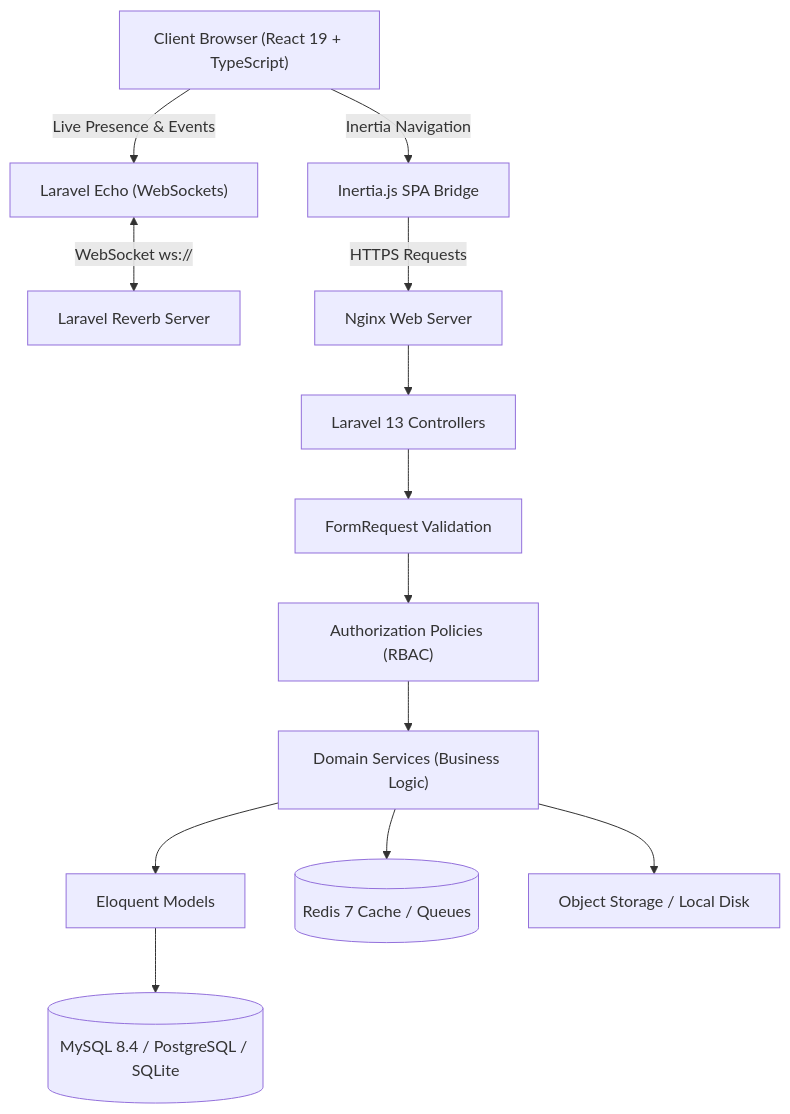
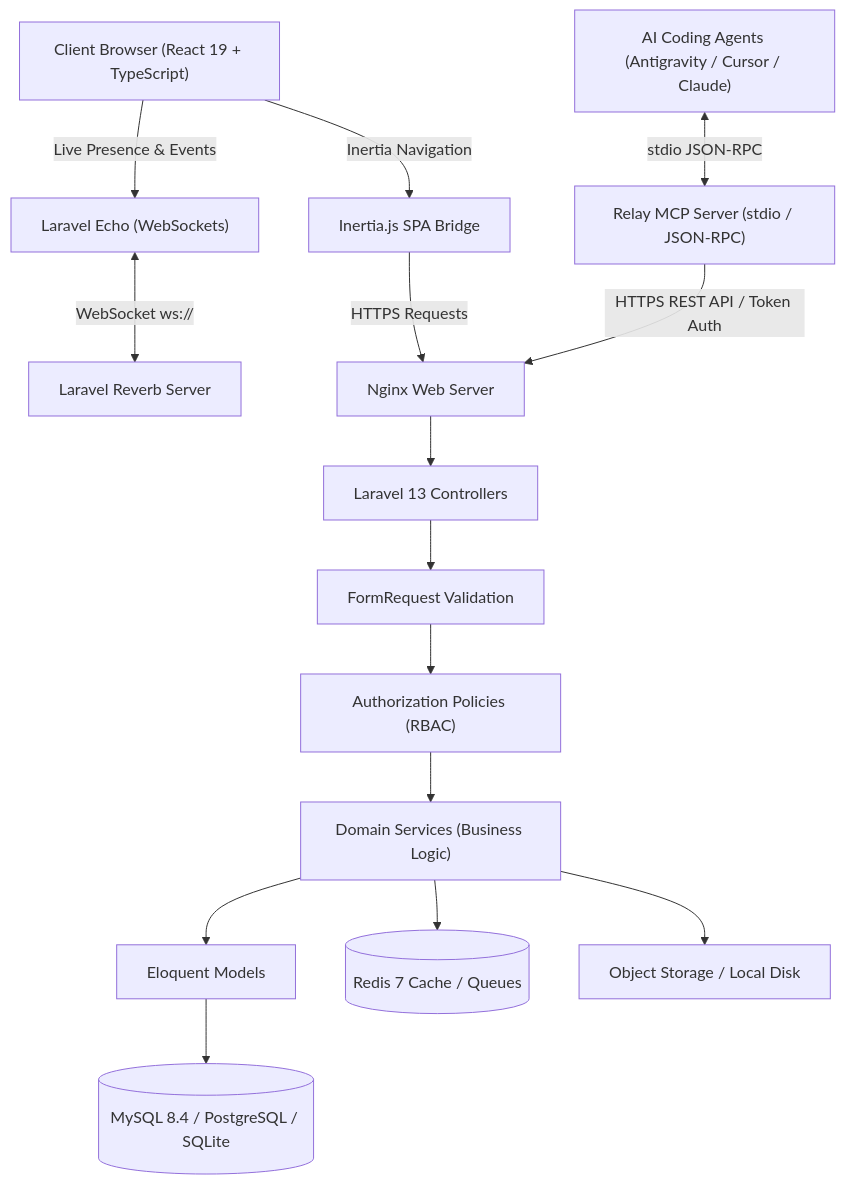
The diagram in README.md (Kingof3O/relay), drawn with Mermaid before and after one commit. The commit also changed other lines of this file and 6 other files, not shown here.

````diff
--- a/README.md
+++ b/README.md
@@ -146,33 +156,38 @@
 ```mermaid
 flowchart TD
     Client["Client Browser (React 19 + TypeScript)"]
     Inertia["Inertia.js SPA Bridge"]
     Echo["Laravel Echo (WebSockets)"]
+    Agent["AI Coding Agents (Antigravity / Cursor / Claude)"]
+    MCP["Relay MCP Server (stdio / JSON-RPC)"]
     
     Reverb["Laravel Reverb Server"]
     Nginx["Nginx Web Server"]
     
     Controller["Laravel 13 Controllers"]
     FormRequest["FormRequest Validation"]
     Policy["Authorization Policies (RBAC)"]
     Service["Domain Services (Business Logic)"]
     Model["Eloquent Models"]
     
     Database[(MySQL 8.4 / PostgreSQL / SQLite)]
     Redis[(Redis 7 Cache / Queues)]
     Storage["Object Storage / Local Disk"]
     
     Client -->|Inertia Navigation| Inertia
     Client -->|Live Presence & Events| Echo
     Echo <-->|WebSocket ws://| Reverb
     
+    Agent <-->|stdio JSON-RPC| MCP
+    MCP -->|HTTPS REST API / Token Auth| Nginx
+    
     Inertia -->|HTTPS Requests| Nginx
     Nginx --> Controller
     Controller --> FormRequest
     FormRequest --> Policy
     Policy --> Service
     Service --> Model
     Model --> Database
     Service --> Redis
     Service --> Storage
 ```
````
